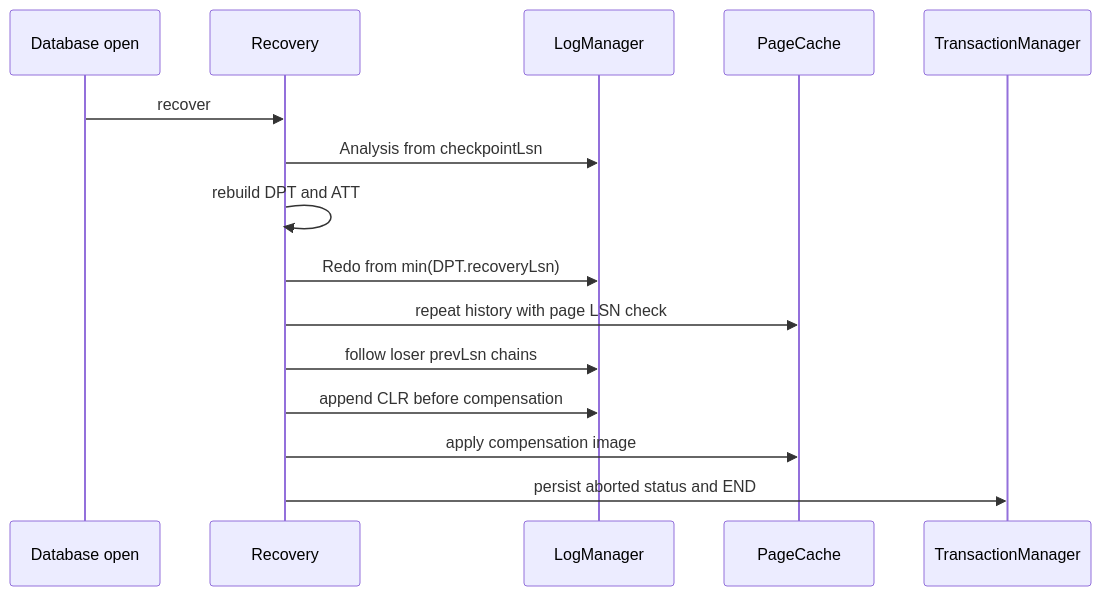
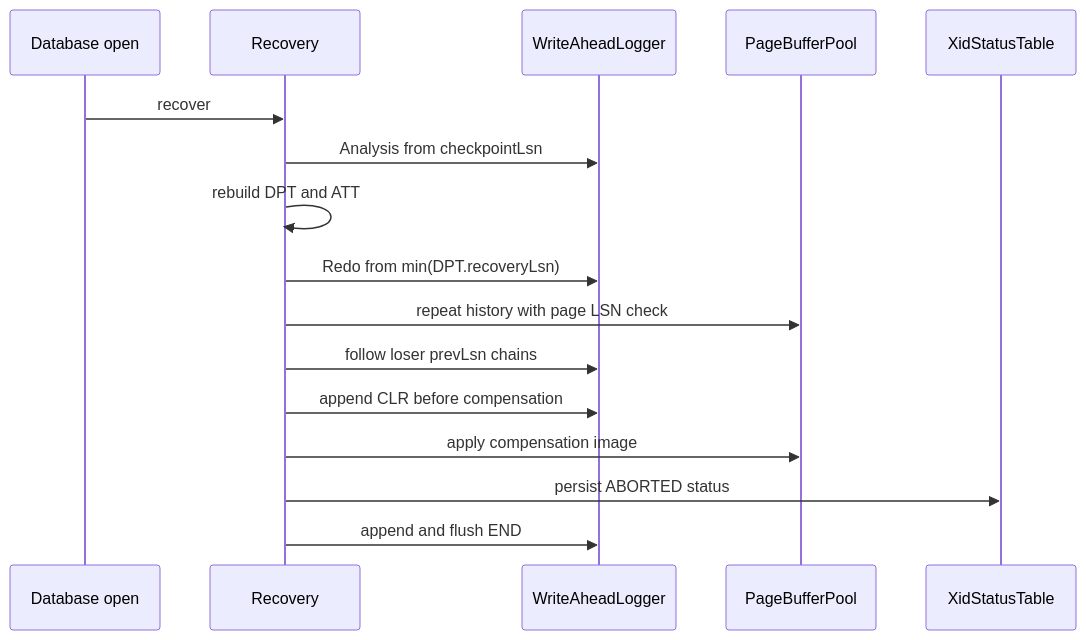
One commit to SarekCuimian/minisql changed the seventh of 8 diagrams in docs/architecture/06-runtime.md. Above: the diagram before and after it, drawn with Mermaid. The commit also changed other lines of this file and 49 other files, not shown here.

````diff
--- a/docs/architecture/06-runtime.md
+++ b/docs/architecture/06-runtime.md
@@ -163,18 +169,19 @@
 ```mermaid
 sequenceDiagram
     participant O as Database open
     participant R as Recovery
-    participant L as LogManager
-    participant P as PageCache
-    participant X as TransactionManager
+    participant L as WriteAheadLogger
+    participant P as PageBufferPool
+    participant X as XidStatusTable
 
     O->>R: recover
     R->>L: Analysis from checkpointLsn
     R->>R: rebuild DPT and ATT
     R->>L: Redo from min(DPT.recoveryLsn)
     R->>P: repeat history with page LSN check
     R->>L: follow loser prevLsn chains
     R->>L: append CLR before compensation
     R->>P: apply compensation image
-    R->>X: persist aborted status and END
+    R->>X: persist ABORTED status
+    R->>L: append and flush END
 ```
````
